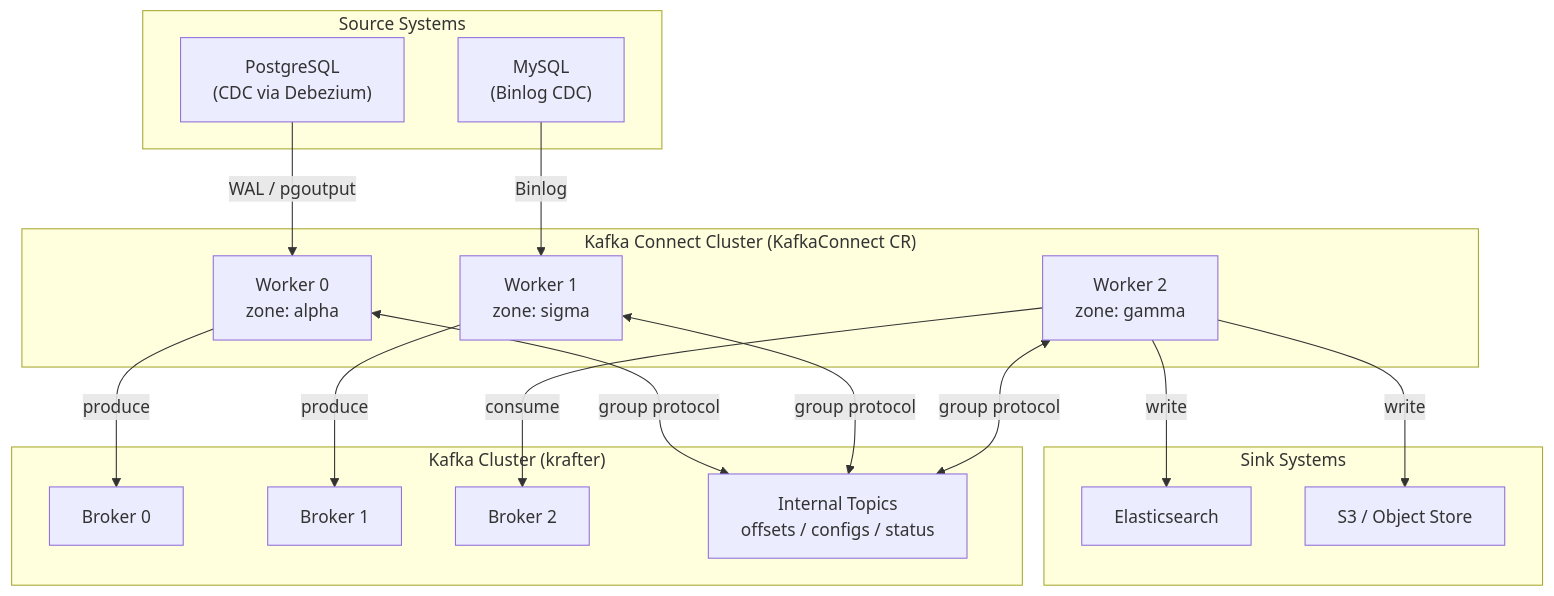
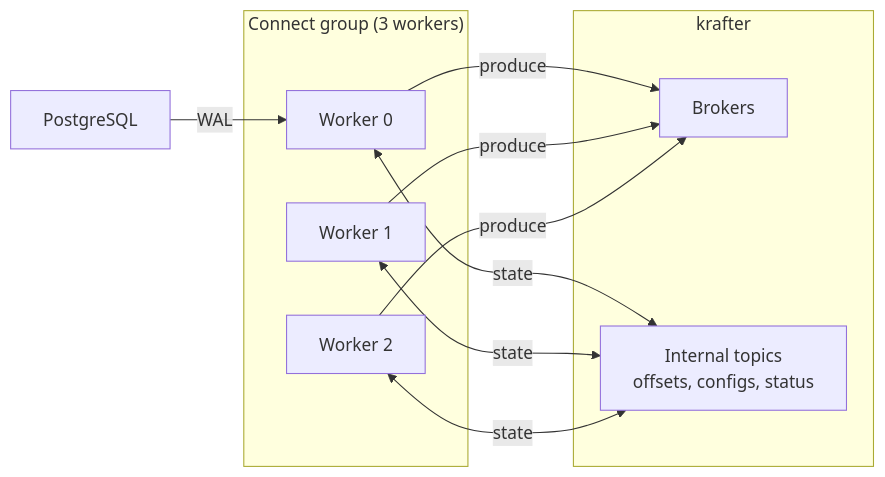
The first of 11 diagrams in docs/book/21-kafka-connect.md (bmscomp/kates), drawn with Mermaid before and after one commit. The commit also changed other lines of this file and 52 other files, not shown here.

````diff
--- a/docs/book/21-kafka-connect.md
+++ b/docs/book/21-kafka-connect.md
@@ -18,39 +22,26 @@
 ```mermaid
 %%| label: fig-kc-architecture-overview
-%%| fig-cap: "Distributed Kafka Connect worker cluster bridging source databases and sink storage systems through the krafter Kafka cluster."
-%%| fig-alt: "Architecture diagram showing Source Systems (PostgreSQL via Debezium WAL/pgoutput and MySQL via Binlog) streaming into Worker 0 (zone alpha) and Worker 1 (zone sigma) in the Kafka Connect Cluster. Workers produce to and consume from Broker 0, Broker 1, and Broker 2 in the Kafka Cluster while coordinating through Internal Topics (offsets, configs, status), and Worker 2 (zone gamma) writes to Sink Systems (Elasticsearch and S3 / Object Store)."
-graph TB
-    subgraph ConnectCluster["Kafka Connect Cluster (KafkaConnect CR)"]
-        W1["Worker 0<br/>zone: alpha"]
-        W2["Worker 1<br/>zone: sigma"]
-        W3["Worker 2<br/>zone: gamma"]
+%%| fig-cap: "Connect workers move records from PostgreSQL to krafter and keep their own state in krafter's internal topics, not on the workers."
+%%| fig-alt: "PostgreSQL feeds three Connect workers, which produce to the krafter brokers and read and write three internal topics."
+graph LR
+    PG["PostgreSQL"]
+
+    subgraph Group["Connect group (3 workers)"]
+        W0["Worker 0"]
+        W1["Worker 1"]
+        W2["Worker 2"]
     end
 
-    subgraph Kafka["Kafka Cluster (krafter)"]
-        B0["Broker 0"]
-        B1["Broker 1"]
-        B2["Broker 2"]
-        IT["Internal Topics<br/>offsets / configs / status"]
+    subgraph Kafka["krafter"]
+        B["Brokers"]
+        IT["Internal topics<br/>offsets, configs, status"]
     end
 
-    subgraph Sources["Source Systems"]
-        PG["PostgreSQL<br/>(CDC via Debezium)"]
-        MySQL["MySQL<br/>(Binlog CDC)"]
-    end
-
-    subgraph Sinks["Sink Systems"]
-        ES["Elasticsearch"]
-        S3["S3 / Object Store"]
-    end
-
-    PG -->|"WAL / pgoutput"| W1
-    MySQL -->|"Binlog"| W2
-    W1 -->|"produce"| B0
-    W2 -->|"produce"| B1
-    W3 -->|"consume"| B2
-    W3 -->|"write"| ES
-    W3 -->|"write"| S3
-    W1 <-->|"group protocol"| IT
-    W2 <-->|"group protocol"| IT
-    W3 <-->|"group protocol"| IT
+    PG -->|"WAL"| W0
+    W0 -->|"produce"| B
+    W1 -->|"produce"| B
+    W2 -->|"produce"| B
+    W0 <-->|"state"| IT
+    W1 <-->|"state"| IT
+    W2 <-->|"state"| IT
 ```
````
